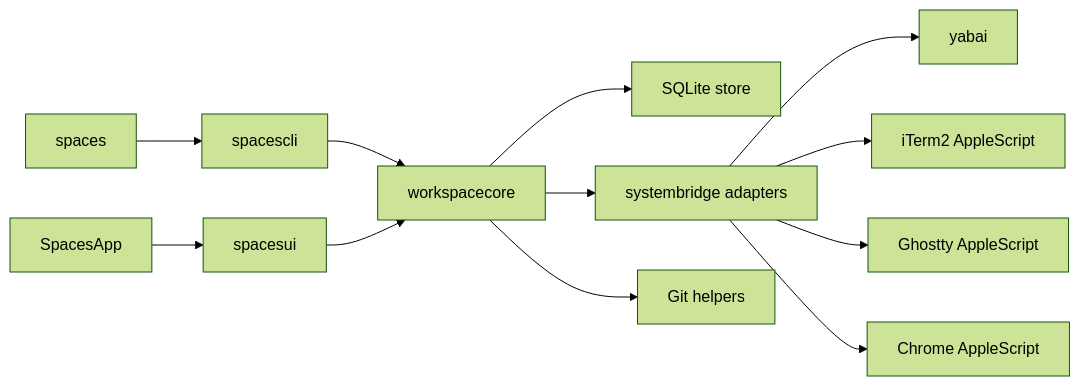
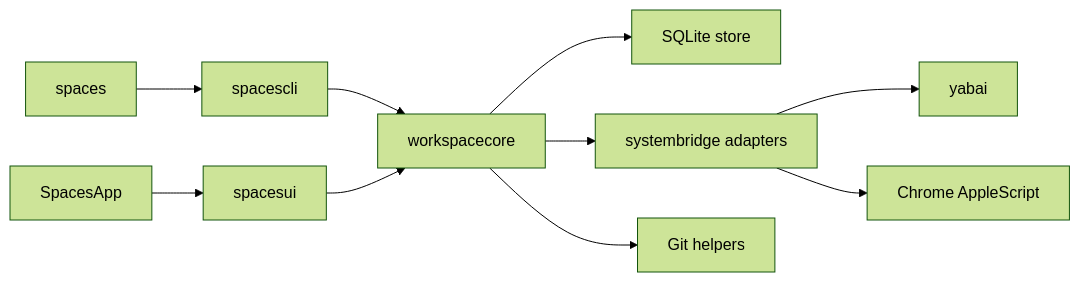
One commit to yogesh-dhande/spaces changed the first of 2 diagrams in apps/macos/docs/architecture.md. Above: the diagram before and after it, drawn with Mermaid (forest theme). The commit also changed other lines of this file and 52 other files, not shown here.

````diff
--- a/apps/macos/docs/architecture.md
+++ b/apps/macos/docs/architecture.md
@@ -17,16 +17,14 @@
 ```mermaid
 flowchart LR
   cli["spaces"] --> spacescli["spacescli"]
   spacescli --> stream["workspacecore"]
   app["SpacesApp"] --> spacesui["spacesui"]
   spacesui --> stream
 
   stream --> store["SQLite store"]
   stream --> systembridge["systembridge adapters"]
   stream --> git["Git helpers"]
 
   systembridge --> yabai["yabai"]
-  systembridge --> iterm["iTerm2 AppleScript"]
-  systembridge --> ghostty["Ghostty AppleScript"]
   systembridge --> chrome["Chrome AppleScript"]
 ```
````
